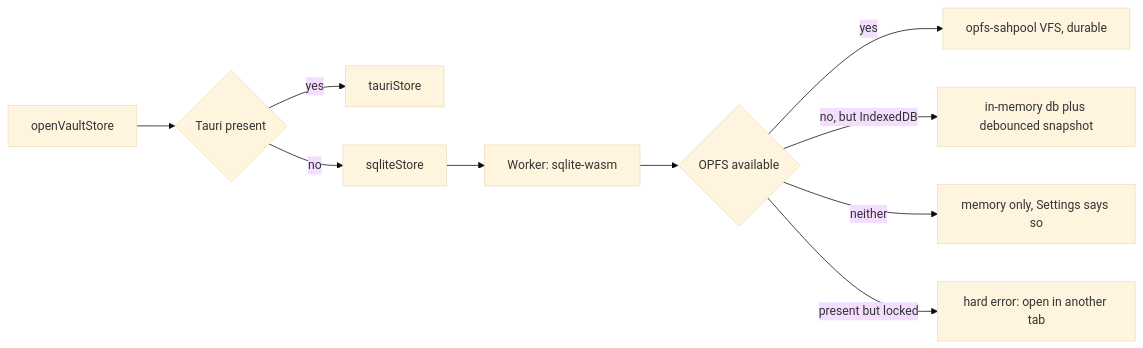
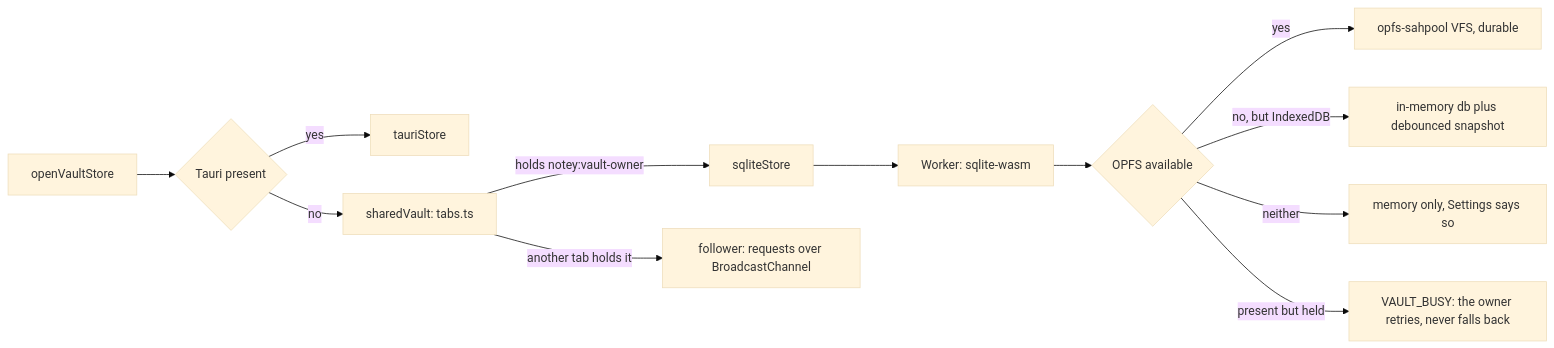
One commit to Kieran-s-Artisnal-Slop-Factory/notey changed the first of 3 diagrams in docs/dev/data-layer.md. Above: the diagram before and after it, drawn with Mermaid (base theme). The commit also changed other lines of this file and 40 other files, not shown here.

````diff
--- a/docs/dev/data-layer.md
+++ b/docs/dev/data-layer.md
@@ -58,12 +71,14 @@
 ```mermaid
 flowchart LR
   A[openVaultStore] --> B{Tauri present}
   B -->|yes| C[tauriStore]
-  B -->|no| D[sqliteStore]
+  B -->|no| S[sharedVault: tabs.ts]
+  S -->|holds notey:vault-owner| D[sqliteStore]
+  S -->|another tab holds it| P[follower: requests over BroadcastChannel]
   D --> E[Worker: sqlite-wasm]
   E --> F{OPFS available}
   F -->|yes| G[opfs-sahpool VFS, durable]
   F -->|no, but IndexedDB| H[in-memory db plus debounced snapshot]
   F -->|neither| I[memory only, Settings says so]
-  F -->|present but locked| J[hard error: open in another tab]
+  F -->|present but held| J[VAULT_BUSY: the owner retries, never falls back]
 ```
````
